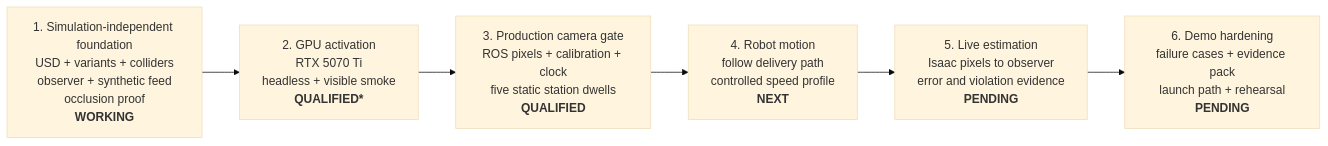
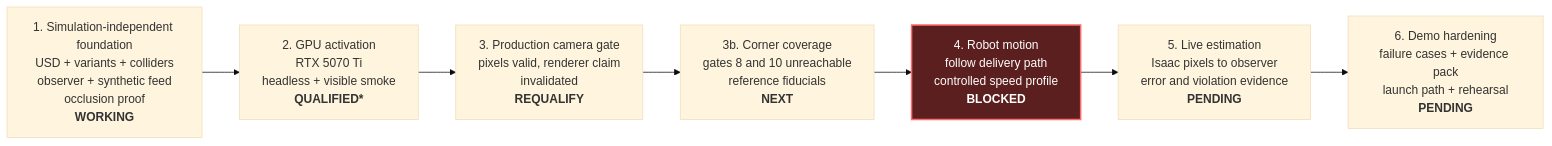
Before and after one commit to alexandergmzx/corridor-twin: the first of 2 diagrams in docs/README.md, drawn with Mermaid (base theme). The commit also changed other lines of this file and 3 other files, not shown here.

First line of the commit message:
docs: reconcile the invalidated static qualification across entry points

````diff
--- a/docs/README.md
+++ b/docs/README.md
@@ -32,11 +32,15 @@
 ```mermaid
 flowchart LR
     P1["1. Simulation-independent foundation<br/>USD + variants + colliders<br/>observer + synthetic feed<br/>occlusion proof<br/><b>WORKING</b>"]
     P2["2. GPU activation<br/>RTX 5070 Ti<br/>headless + visible smoke<br/><b>QUALIFIED*</b>"]
-    P3["3. Production camera gate<br/>ROS pixels + calibration + clock<br/>five static station dwells<br/><b>QUALIFIED</b>"]
-    P4["4. Robot motion<br/>follow delivery path<br/>controlled speed profile<br/><b>NEXT</b>"]
+    P3["3. Production camera gate<br/>pixels valid, renderer claim<br/>invalidated<br/><b>REQUALIFY</b>"]
+    P3b["3b. Corner coverage<br/>gates 8 and 10 unreachable<br/>reference fiducials<br/><b>NEXT</b>"]
+    P4["4. Robot motion<br/>follow delivery path<br/>controlled speed profile<br/><b>BLOCKED</b>"]
     P5["5. Live estimation<br/>Isaac pixels to observer<br/>error and violation evidence<br/><b>PENDING</b>"]
     P6["6. Demo hardening<br/>failure cases + evidence pack<br/>launch path + rehearsal<br/><b>PENDING</b>"]
 
-    P1 --> P2 --> P3 --> P4 --> P5 --> P6
+    P1 --> P2 --> P3 --> P3b --> P4 --> P5 --> P6
+
+    classDef blocked fill:#5c1f1f,color:#ffffff,stroke:#ff6b6b,stroke-width:2px;
+    class P4 blocked;
 ```
````
